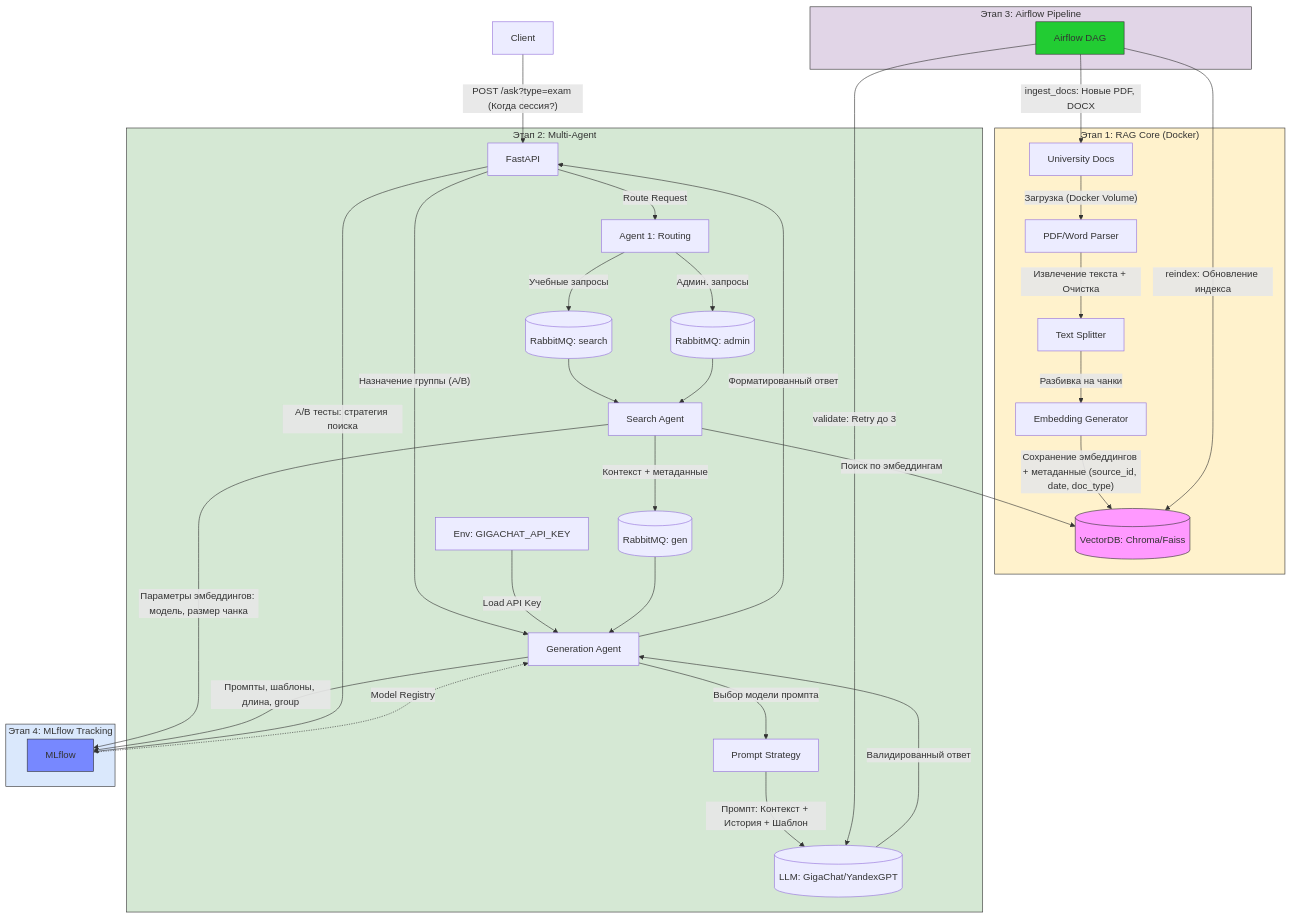
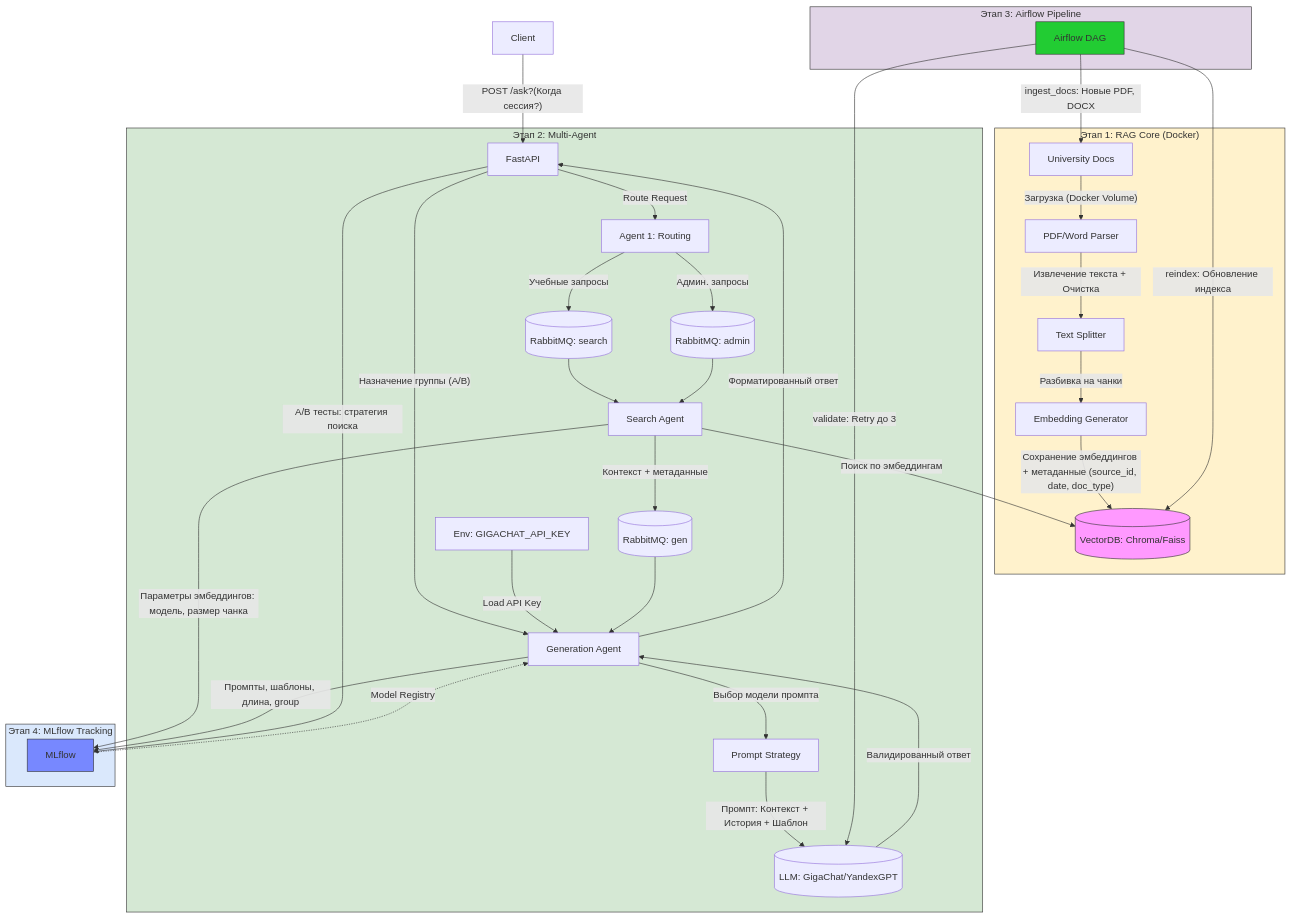
Before and after one commit to BandrD/assistant-_for_un: the first of 2 diagrams in README.md, drawn with Mermaid. The commit also changed other lines of this file, not shown here.

````diff
--- a/README.md
+++ b/README.md
@@ -12,57 +12,57 @@
 ```mermaid
 flowchart TD
     %% ===== Этап 1: RAG-система =====
     subgraph RAG["Этап 1: RAG Core (Docker)"]
         D[University Docs] -->|"Загрузка (Docker Volume)"| PARSER[PDF/Word Parser]
         PARSER -->|"Извлечение текста + Очистка"| TS[Text Splitter]
         TS -->|"Разбивка на чанки"| EG[Embedding Generator]
         EG -->|"Сохранение эмбеддингов + метаданные (source_id, date, doc_type)"| VDB[(VectorDB: Chroma/Faiss)]
         style VDB fill:#f9f,stroke:#333
     end
 
     %% ===== Клиентский запрос =====
-    C[Client] -->|"POST /ask?type=exam (Когда сессия?)"| API[FastAPI]
+    C[Client] -->|"POST /ask?(Когда сессия?)"| API[FastAPI]
     API -->|"Route Request"| A1[Agent 1: Routing]
 
     %% ===== A/B тестирование пометка =====
     API -->|"Назначение группы (A/B)"| A3[Generation Agent]
 
     %% ===== Этап 2: Агенты =====
     subgraph MA["Этап 2: Multi-Agent"]
         ENV[Env: GIGACHAT_API_KEY] -->|"Load API Key"| A3
         A1 -->|"Учебные запросы"| Q1[(RabbitMQ: search)]
         A1 -->|"Админ. запросы"| Q2[(RabbitMQ: admin)]
         Q1 --> A2[Search Agent]
         Q2 --> A2
         A2 -->|"Поиск по эмбеддингам"| VDB
         A2 -->|"Контекст + метаданные"| Q3[(RabbitMQ: gen)]
         Q3 --> A3
         A3 -->|"Выбор модели промпта"| PROMPT[Prompt Strategy]
         PROMPT -->|"Промпт: Контекст + История + Шаблон"| LLM[(LLM: GigaChat/YandexGPT)]
         LLM -->|"Валидированный ответ"| A3
         A3 -->|"Форматированный ответ"| API
     end
 
     %% ===== Этап 3: Airflow =====
     subgraph AF["Этап 3: Airflow Pipeline"]
         DAG[Airflow DAG] -->|"ingest_docs: Новые PDF, DOCX"| D
         DAG -->|"reindex: Обновление индекса"| VDB
         DAG -->|"validate: Retry до 3"| LLM
         style DAG fill:#2c3,stroke:#333
     end
 
     %% ===== Этап 4: MLflow =====
     subgraph ML["Этап 4: MLflow Tracking"]
         A2 -->|"Параметры эмбеддингов: модель, размер чанка"| MLF[MLflow]
         A3 -->|"Промпты, шаблоны, длина, group"| MLF
         API -->|"A/B тесты: стратегия поиска"| MLF
         MLF -.->|"Model Registry"| A3
         style MLF fill:#78f,stroke:#333
     end
 
     %% ===== Стили =====
     style RAG fill:#fff2cc,stroke:#333
     style MA fill:#d5e8d4,stroke:#333
     style AF fill:#e1d5e7,stroke:#333
     style ML fill:#dae8fc,stroke:#333
 ```
````
